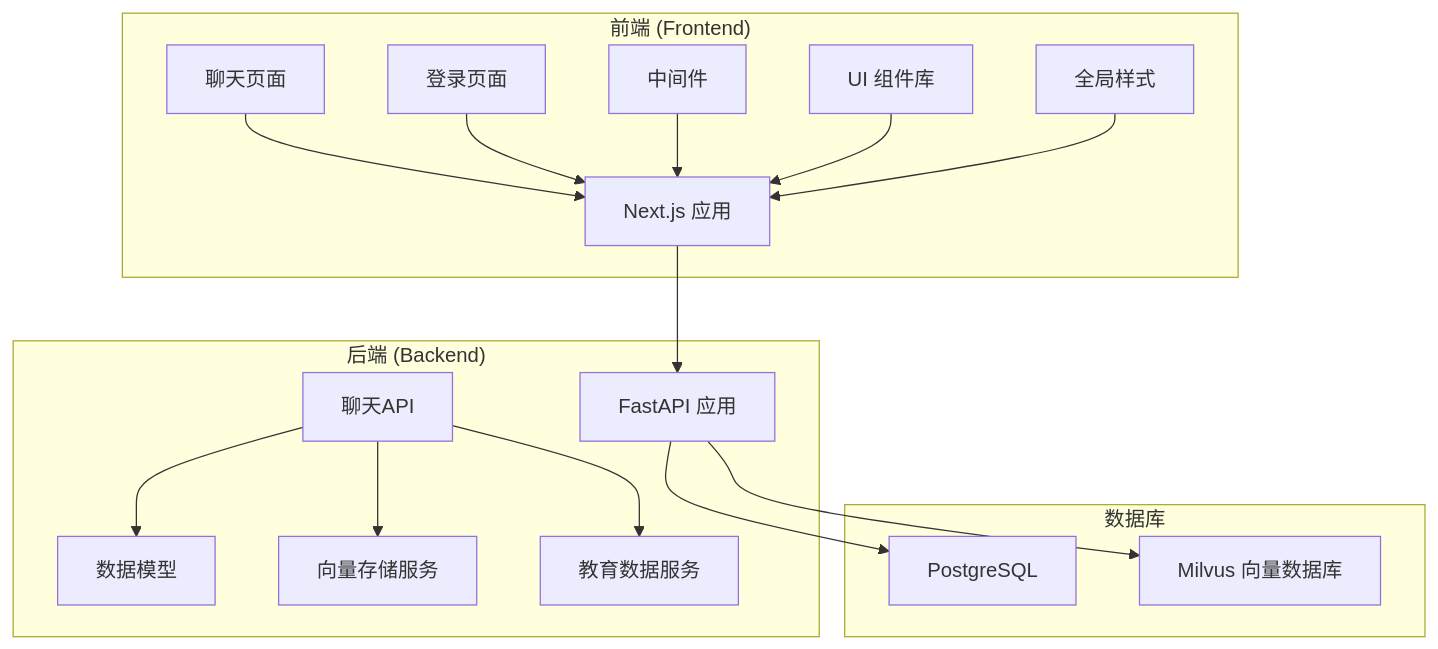
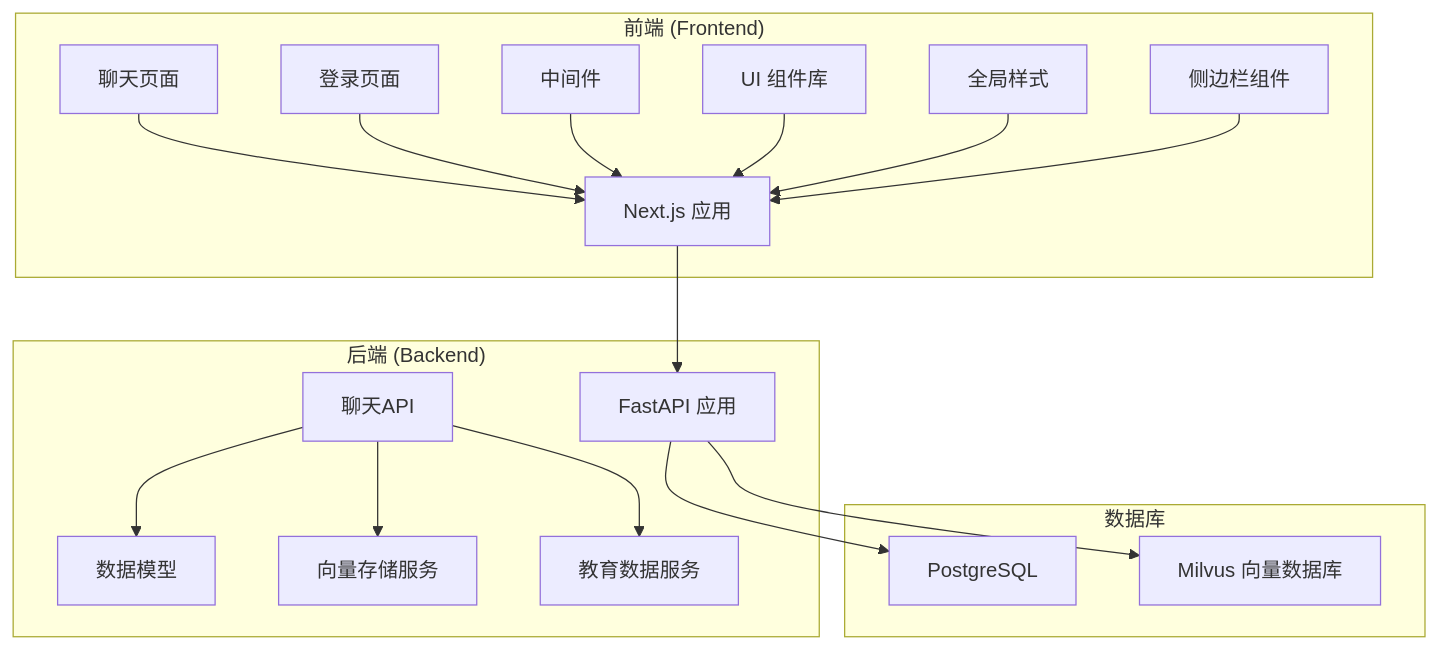
One commit to ghbbn053-ship-itsoulddog/soulddog changed the first of 14 diagrams in .qoder/repowiki/zh/content/前端应用文档/AI聊天界面与对话交互.md. Above: the diagram before and after it, drawn with Mermaid. The commit also changed other lines of this file and 11 other files, not shown here.

````diff
--- a/.qoder/repowiki/zh/content/前端应用文档/AI聊天界面与对话交互.md
+++ b/.qoder/repowiki/zh/content/前端应用文档/AI聊天界面与对话交互.md
@@ -49,33 +54,35 @@
 ```mermaid
 graph TB
 subgraph "前端 (Frontend)"
 A[Next.js 应用]
 B[聊天页面]
 C[登录页面]
 D[中间件]
 E[UI 组件库]
 F[全局样式]
+G[侧边栏组件]
 end
 subgraph "后端 (Backend)"
-G[FastAPI 应用]
-H[聊天API]
-I[数据模型]
-J[向量存储服务]
-K[教育数据服务]
+H[FastAPI 应用]
+I[聊天API]
+J[数据模型]
+K[向量存储服务]
+L[教育数据服务]
 end
 subgraph "数据库"
-L[PostgreSQL]
-M[Milvus 向量数据库]
+M[PostgreSQL]
+N[Milvus 向量数据库]
 end
-A --> G
+A --> H
 B --> A
 C --> A
 D --> A
 E --> A
 F --> A
-G --> L
-G --> M
-H --> I
-H --> J
-H --> K
+G --> A
+H --> M
+H --> N
+I --> J
+I --> K
+I --> L
 ```
````
